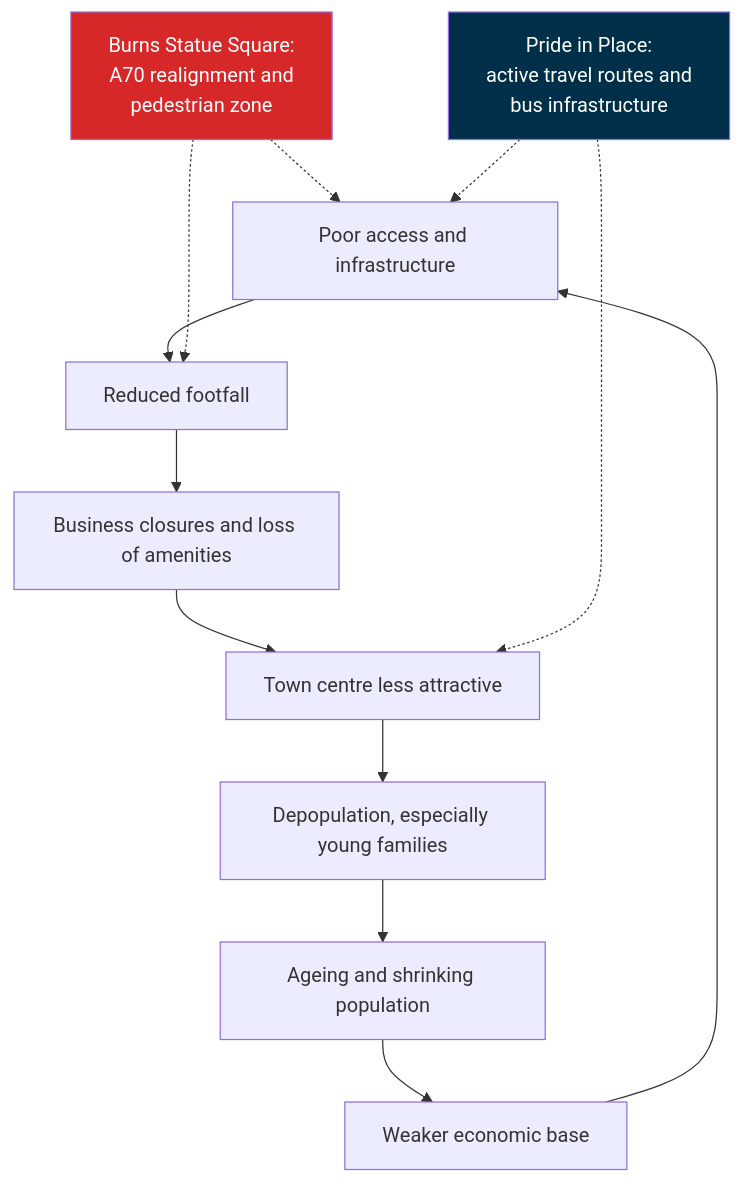
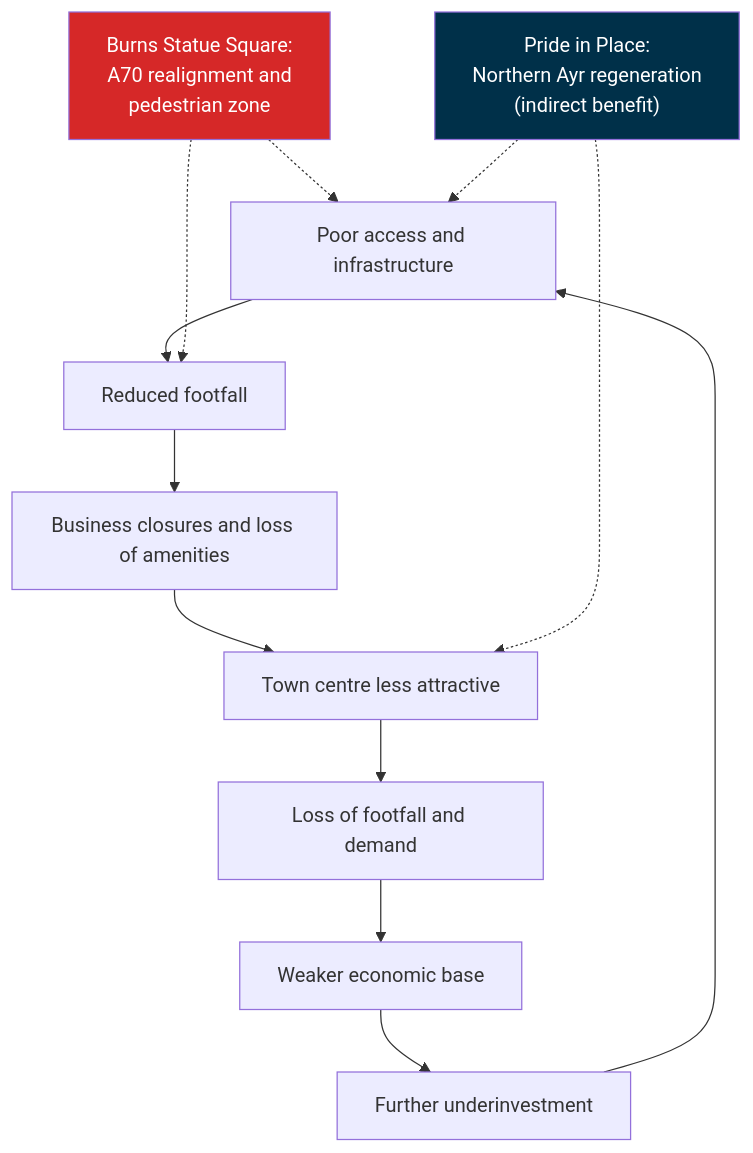
Before and after one commit to JonMinton/ayr-town-centre-vitality: the diagram in analysis/urban-accessibility.qmd, drawn with Mermaid. The commit also changed other lines of this file and 14 other files, not shown here.

````diff
--- a/analysis/urban-accessibility.qmd
+++ b/analysis/urban-accessibility.qmd
@@ -446,19 +450,19 @@
 ```{mermaid}
 %%| fig-cap: "How accessibility improvements break the vicious cycle"
 graph TD
     A[Poor access and infrastructure] --> B[Reduced footfall]
     B --> C[Business closures and loss of amenities]
     C --> D[Town centre less attractive]
-    D --> E[Depopulation, especially young families]
-    E --> F[Ageing and shrinking population]
-    F --> G[Weaker economic base]
+    D --> E[Loss of footfall and demand]
+    E --> F[Weaker economic base]
+    F --> G[Further underinvestment]
     G --> A
 
     H["Burns Statue Square:<br/>A70 realignment and<br/>pedestrian zone"] -.-> A
     H -.-> B
-    I["Pride in Place:<br/>active travel routes and<br/>bus infrastructure"] -.-> A
+    I["Pride in Place:<br/>Northern Ayr regeneration<br/>(indirect benefit)"] -.-> A
     I -.-> D
 
     style H fill:#D62828,color:#fff
     style I fill:#003049,color:#fff
 ```
````
